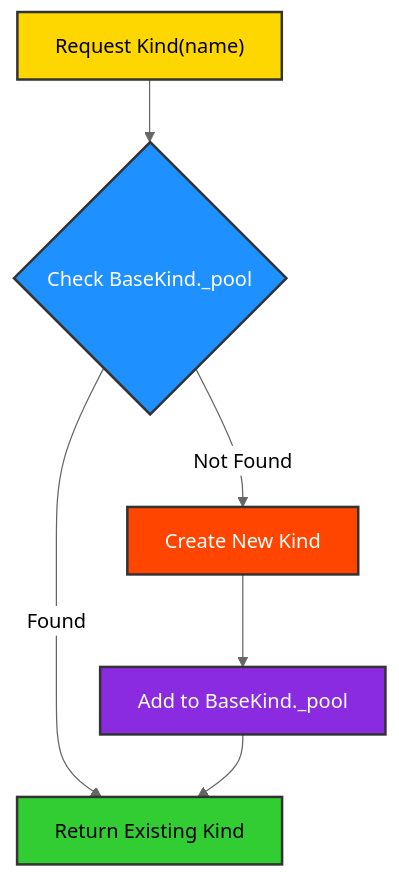
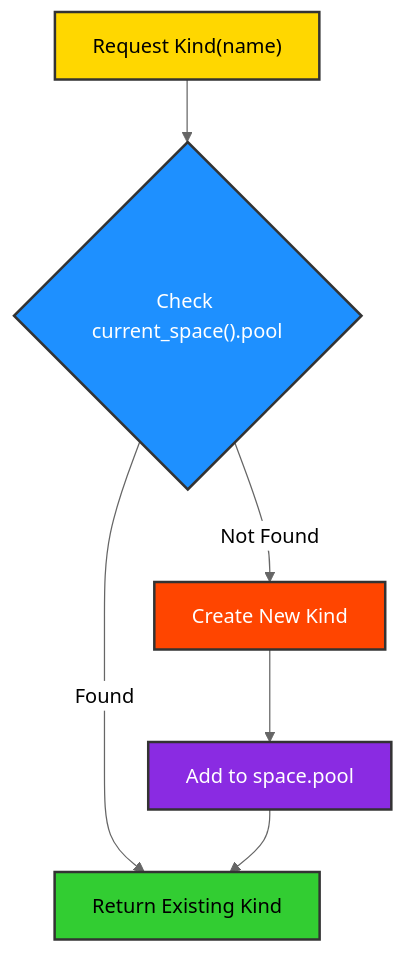
Before and after one commit to ikko/kind: the first of 4 diagrams in docs/topics/9_performance/index.md, drawn with Mermaid (neutral theme). The commit also changed other lines of this file and 78 other files, not shown here.

First line of the commit message:
v0.2.0: KindSpace makes the global state explicit; time is opt-in; scheduling is its own package

````diff
--- a/docs/topics/9_performance/index.md
+++ b/docs/topics/9_performance/index.md
@@ -47,14 +47,14 @@
 ```mermaid
 graph TD
-    A[Request Kind&#40name&#41] --> B{Check BaseKind._pool};
+    A[Request Kind&#40name&#41] --> B{Check current_space#40;#41;.pool};
     B -- "Found" --> C[Return Existing Kind];
     B -- "Not Found" --> D[Create New Kind];
-    D --> E[Add to BaseKind._pool];
+    D --> E[Add to space.pool];
     E --> C;
 
     style A fill:#FFD700,stroke:#333,stroke-width:2px,color:#000000;
     style B fill:#1E90FF,stroke:#333,stroke-width:2px,color:#FFFFFF;
     style C fill:#32CD32,stroke:#333,stroke-width:2px,color:#000000;
     style D fill:#FF4500,stroke:#333,stroke-width:2px,color:#FFFFFF;
     style E fill:#8A2BE2,stroke:#333,stroke-width:2px,color:#FFFFFF;
 ```
````
